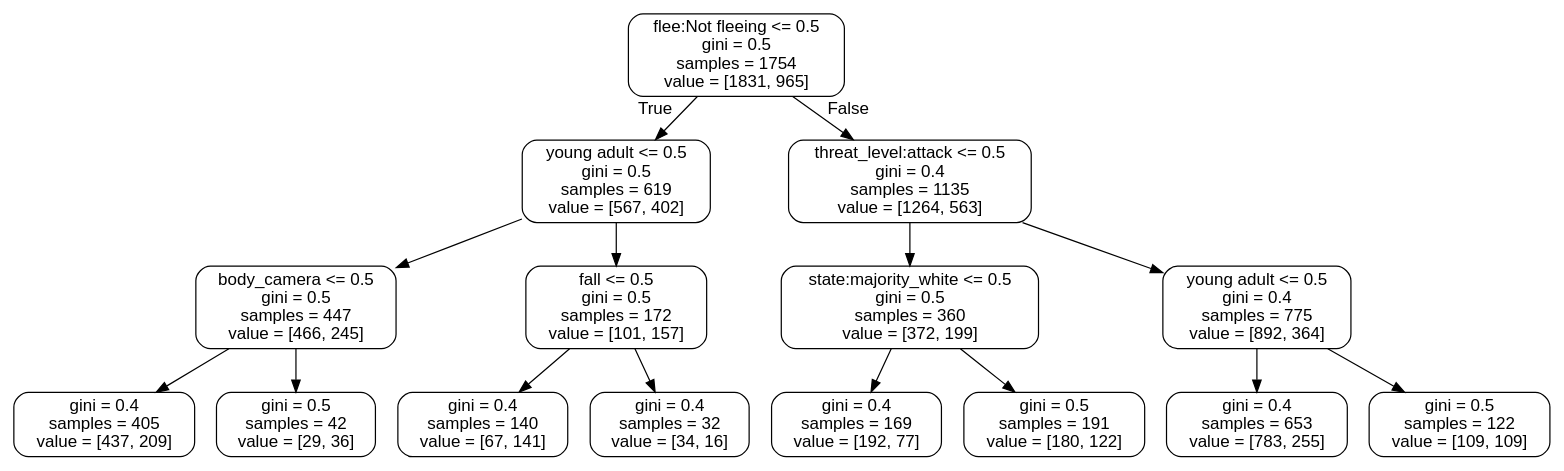
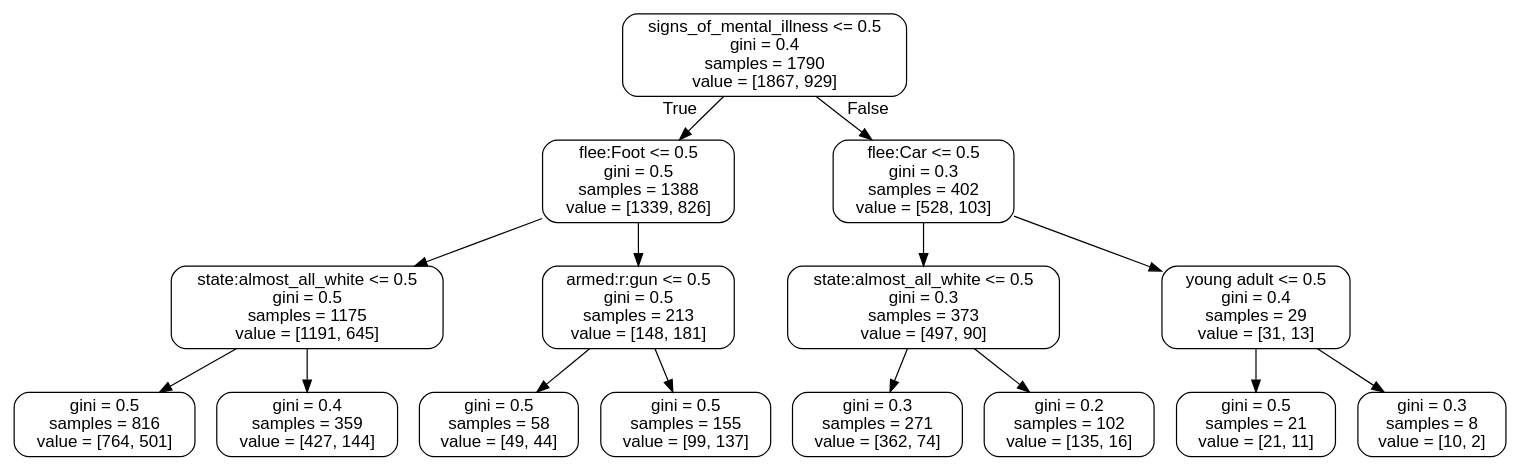
One commit to mikekeith52/Police-shootings-insights_updated changed the diagram in img/small_tree.dot. Above: the diagram before and after it, drawn with Graphviz. The commit also changed 8 other files, not shown here.

```diff
--- a/img/small_tree.dot
+++ b/img/small_tree.dot
@@ -1,33 +1,33 @@
 digraph Tree {
 node [shape=box, style="rounded", color="black", fontname=helvetica] ;
 edge [fontname=helvetica] ;
-0 [label="flee:Not fleeing <= 0.5\ngini = 0.5\nsamples = 1754\nvalue = [1831, 965]"] ;
-1 [label="young adult <= 0.5\ngini = 0.5\nsamples = 619\nvalue = [567, 402]"] ;
+0 [label="signs_of_mental_illness <= 0.5\ngini = 0.4\nsamples = 1790\nvalue = [1867, 929]"] ;
+1 [label="flee:Foot <= 0.5\ngini = 0.5\nsamples = 1388\nvalue = [1339, 826]"] ;
 0 -> 1 [labeldistance=2.5, labelangle=45, headlabel="True"] ;
-2 [label="body_camera <= 0.5\ngini = 0.5\nsamples = 447\nvalue = [466, 245]"] ;
+2 [label="state:almost_all_white <= 0.5\ngini = 0.5\nsamples = 1175\nvalue = [1191, 645]"] ;
 1 -> 2 ;
-3 [label="gini = 0.4\nsamples = 405\nvalue = [437, 209]"] ;
+3 [label="gini = 0.5\nsamples = 816\nvalue = [764, 501]"] ;
 2 -> 3 ;
-4 [label="gini = 0.5\nsamples = 42\nvalue = [29, 36]"] ;
+4 [label="gini = 0.4\nsamples = 359\nvalue = [427, 144]"] ;
 2 -> 4 ;
-5 [label="fall <= 0.5\ngini = 0.5\nsamples = 172\nvalue = [101, 157]"] ;
+5 [label="armed:r:gun <= 0.5\ngini = 0.5\nsamples = 213\nvalue = [148, 181]"] ;
 1 -> 5 ;
-6 [label="gini = 0.4\nsamples = 140\nvalue = [67, 141]"] ;
+6 [label="gini = 0.5\nsamples = 58\nvalue = [49, 44]"] ;
 5 -> 6 ;
-7 [label="gini = 0.4\nsamples = 32\nvalue = [34, 16]"] ;
+7 [label="gini = 0.5\nsamples = 155\nvalue = [99, 137]"] ;
 5 -> 7 ;
-8 [label="threat_level:attack <= 0.5\ngini = 0.4\nsamples = 1135\nvalue = [1264, 563]"] ;
+8 [label="flee:Car <= 0.5\ngini = 0.3\nsamples = 402\nvalue = [528, 103]"] ;
 0 -> 8 [labeldistance=2.5, labelangle=-45, headlabel="False"] ;
-9 [label="state:majority_white <= 0.5\ngini = 0.5\nsamples = 360\nvalue = [372, 199]"] ;
+9 [label="state:almost_all_white <= 0.5\ngini = 0.3\nsamples = 373\nvalue = [497, 90]"] ;
 8 -> 9 ;
-10 [label="gini = 0.4\nsamples = 169\nvalue = [192, 77]"] ;
+10 [label="gini = 0.3\nsamples = 271\nvalue = [362, 74]"] ;
 9 -> 10 ;
-11 [label="gini = 0.5\nsamples = 191\nvalue = [180, 122]"] ;
+11 [label="gini = 0.2\nsamples = 102\nvalue = [135, 16]"] ;
 9 -> 11 ;
-12 [label="young adult <= 0.5\ngini = 0.4\nsamples = 775\nvalue = [892, 364]"] ;
+12 [label="young adult <= 0.5\ngini = 0.4\nsamples = 29\nvalue = [31, 13]"] ;
 8 -> 12 ;
-13 [label="gini = 0.4\nsamples = 653\nvalue = [783, 255]"] ;
+13 [label="gini = 0.5\nsamples = 21\nvalue = [21, 11]"] ;
 12 -> 13 ;
-14 [label="gini = 0.5\nsamples = 122\nvalue = [109, 109]"] ;
+14 [label="gini = 0.3\nsamples = 8\nvalue = [10, 2]"] ;
 12 -> 14 ;
 }
```
